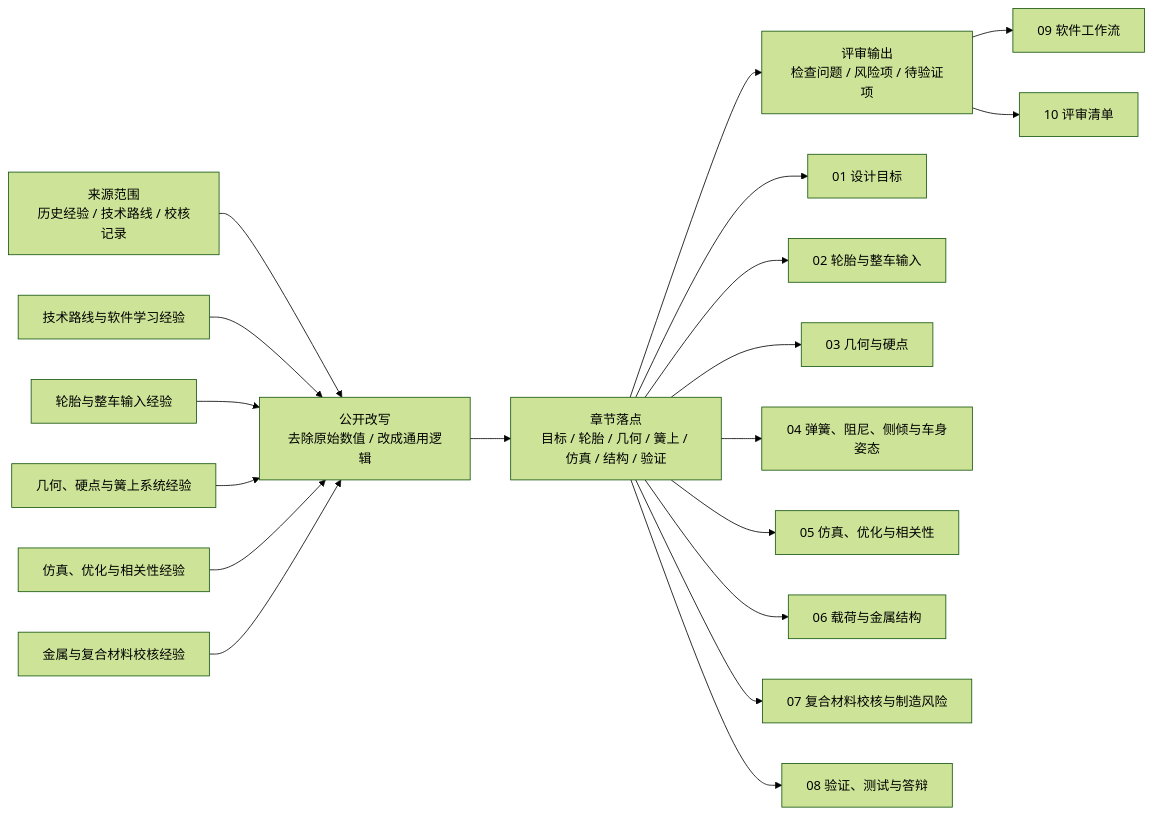
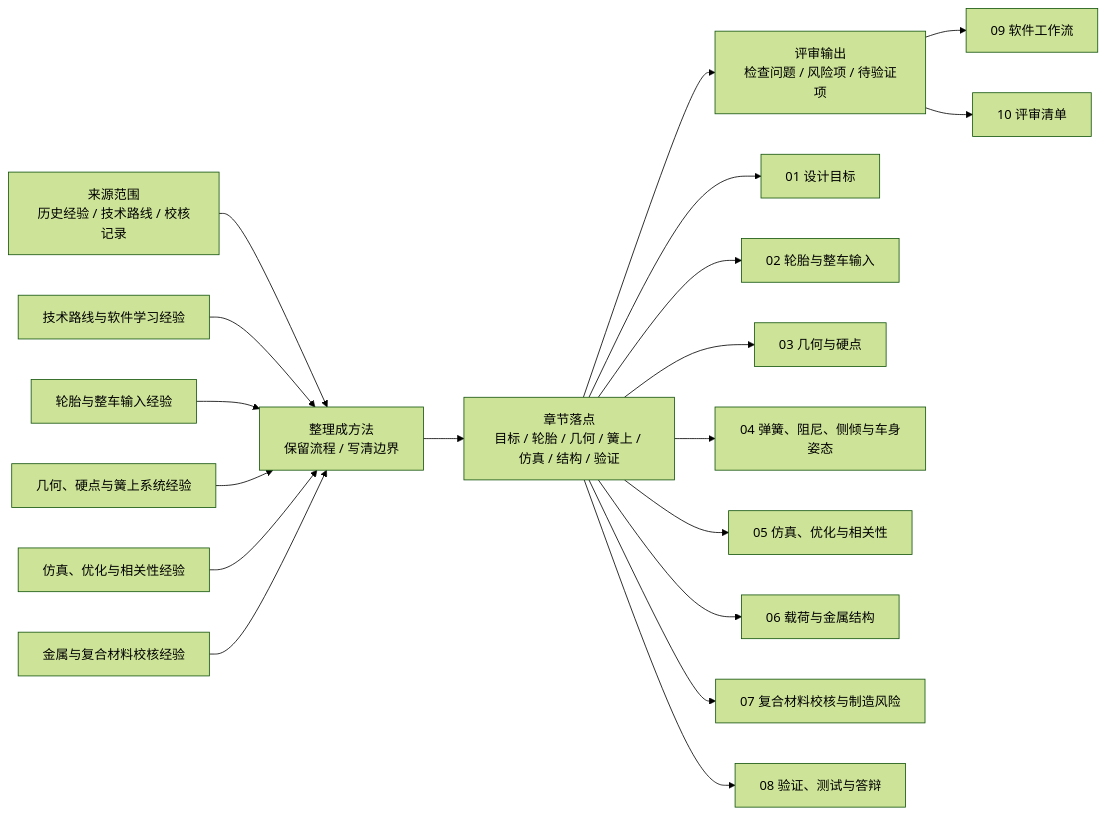
The second of 2 diagrams in docs/advanced/README.md (onebulletkick/suspension_opensource), drawn with Mermaid (forest theme) before and after one commit. The commit also changed other lines of this file and 40 other files, not shown here.

````diff
--- a/docs/advanced/README.md
+++ b/docs/advanced/README.md
@@ -83,21 +83,21 @@
 ```mermaid
 flowchart LR
-  A["来源范围<br>历史经验 / 技术路线 / 校核记录"] --> B["公开改写<br>去除原始数值 / 改成通用逻辑"]
+  A["来源范围<br>历史经验 / 技术路线 / 校核记录"] --> B["整理成方法<br>保留流程 / 写清边界"]
   B --> C["章节落点<br>目标 / 轮胎 / 几何 / 簧上 / 仿真 / 结构 / 验证"]
   C --> D["评审输出<br>检查问题 / 风险项 / 待验证项"]
   A1["技术路线与软件学习经验"] --> B
   A2["轮胎与整车输入经验"] --> B
   A3["几何、硬点与簧上系统经验"] --> B
   A4["仿真、优化与相关性经验"] --> B
   A5["金属与复合材料校核经验"] --> B
   C --> S01["01 设计目标"]
   C --> S02["02 轮胎与整车输入"]
   C --> S03["03 几何与硬点"]
   C --> S04["04 弹簧、阻尼、侧倾与车身姿态"]
   C --> S05["05 仿真、优化与相关性"]
   C --> S06["06 载荷与金属结构"]
   C --> S07["07 复合材料校核与制造风险"]
   C --> S08["08 验证、测试与答辩"]
   D --> S09["09 软件工作流"]
   D --> S10["10 评审清单"]
 ```
````
